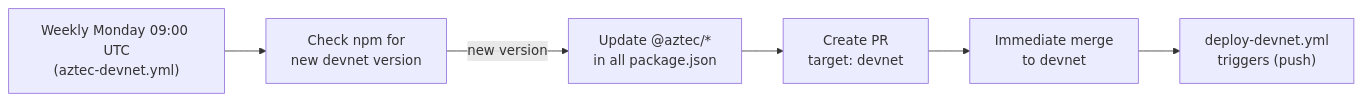
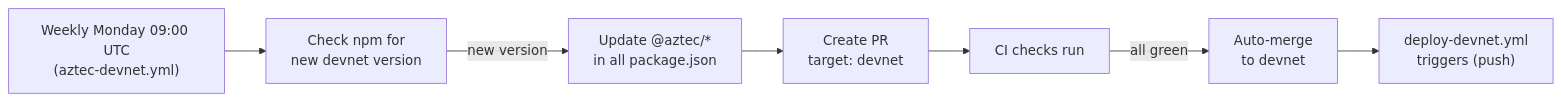
Before and after one commit to alejoamiras/tee-rex: the fifth of 6 diagrams in docs/ci-pipeline.md, drawn with Mermaid. The commit also changed other lines of this file and 8 other files, not shown here.

First line of the commit message:
ci: smart deploy, narrow change detection, devnet auto-merge, api_version (#182)

````diff
--- a/docs/ci-pipeline.md
+++ b/docs/ci-pipeline.md
@@ -181,8 +191,9 @@
 ```mermaid
 graph LR
     cron["Weekly Monday 09:00 UTC\n(aztec-devnet.yml)"] --> check["Check npm for\nnew devnet version"]
     check -->|new version| update["Update @aztec/*\nin all package.json"]
     update --> pr["Create PR\ntarget: devnet"]
-    pr --> merge["Immediate merge\nto devnet"]
+    pr --> ci["CI checks run"]
+    ci -->|all green| merge["Auto-merge\nto devnet"]
     merge --> deploy["deploy-devnet.yml\ntriggers (push)"]
 ```
````
